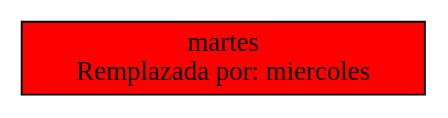
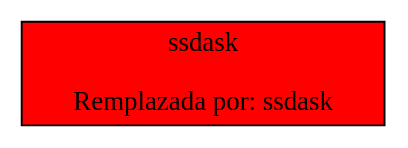
The diagram in uedit/ReportePalabrasBuscadas.dot (ChrisUSAC/EDD_1S2020_P1_201709272), drawn with Graphviz before and after one commit. The commit also changed 17 other files, not shown here.

```diff
--- a/uedit/ReportePalabrasBuscadas.dot
+++ b/uedit/ReportePalabrasBuscadas.dot
@@ -1,7 +1,8 @@
 digraph G{ 
 rankdir=LR 
 node[ shape = box] 
-0[label = "martes
-Remplazada por: miercoles
+0[label = "ssdask
+
+Remplazada por: ssdask
 " width=2.0 , fillcolor=red ,style = filled]; 
 }
```
